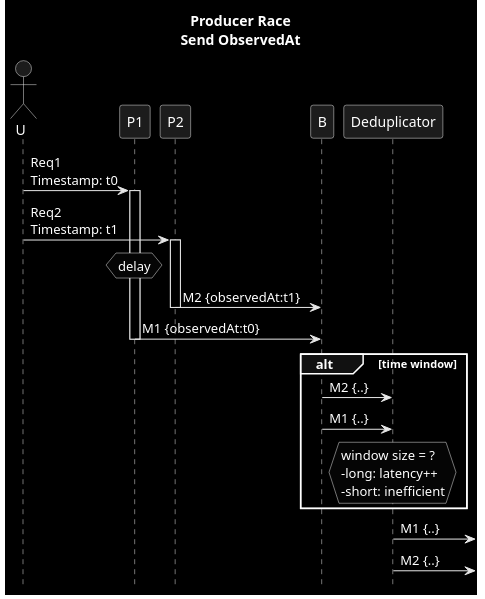
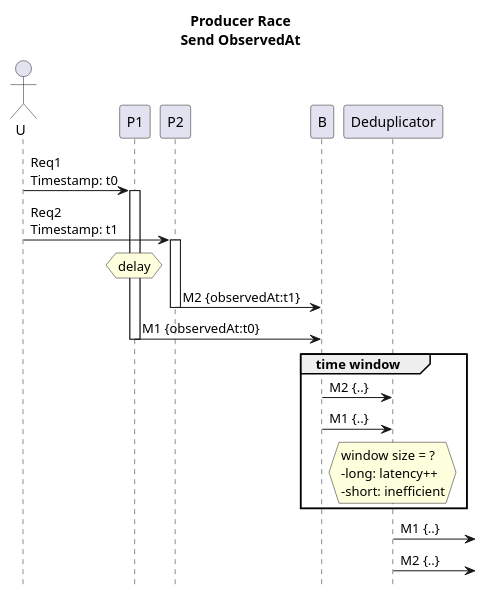
The diagram in patterns/2b_out_of_order_p___observed_at.puml (victorrentea/kafka), drawn with PlantUML before and after one commit. The commit also changed 23 other files, not shown here.

```diff
--- a/patterns/2b_out_of_order_p___observed_at.puml
+++ b/patterns/2b_out_of_order_p___observed_at.puml
@@ -1,24 +1,23 @@
 @startuml
 title Producer Race\nSend ObservedAt
 hide footbox
-skinparam monochrome reverse
 actor U
 
 U->P1: Req1\nTimestamp: t0
 activate P1
 U->P2: Req2\nTimestamp: t1
 activate P2
 hnote over P1: delay
 P2->B: M2 {observedAt:t1}
 deactivate P2
 P1->B: M1 {observedAt:t0}
 deactivate P1
 
-alt time window
+group time window
     B->Deduplicator: M2 {..}
     B->Deduplicator: M1 {..}
     hnote over Deduplicator: window size = ?\n-long: latency++\n-short: inefficient
 end
 Deduplicator->:M1 {..}
 Deduplicator->:M2 {..}
 @enduml
```
